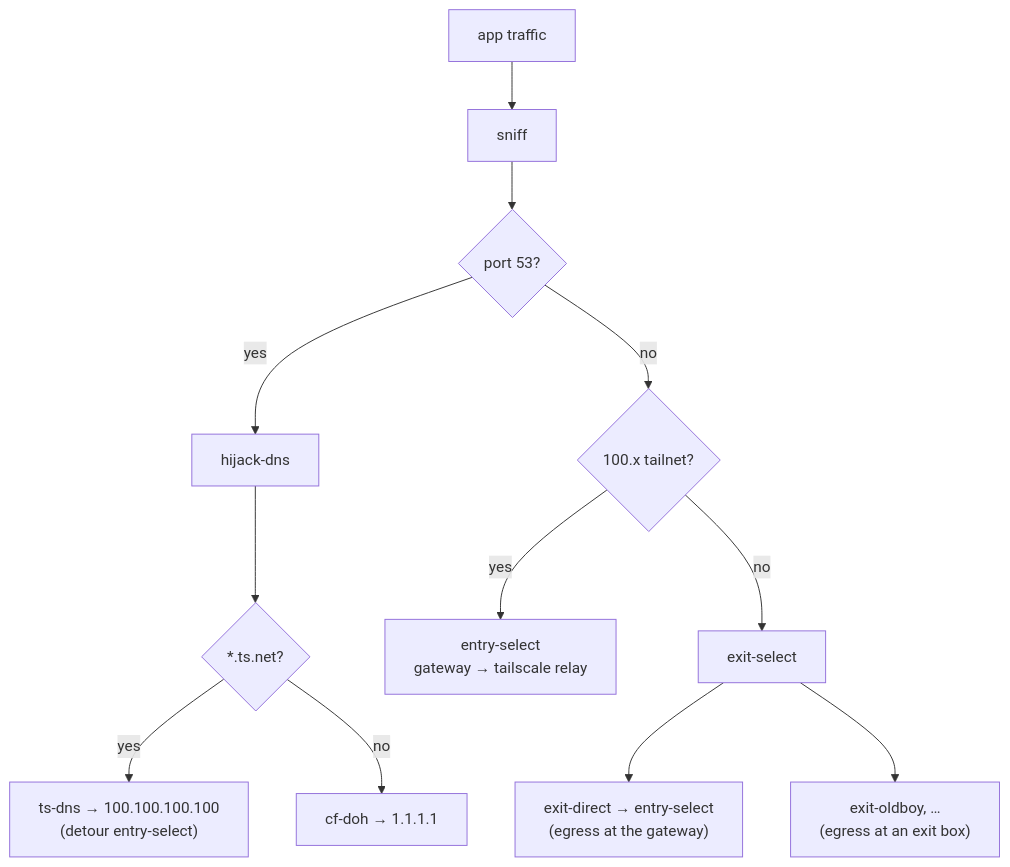
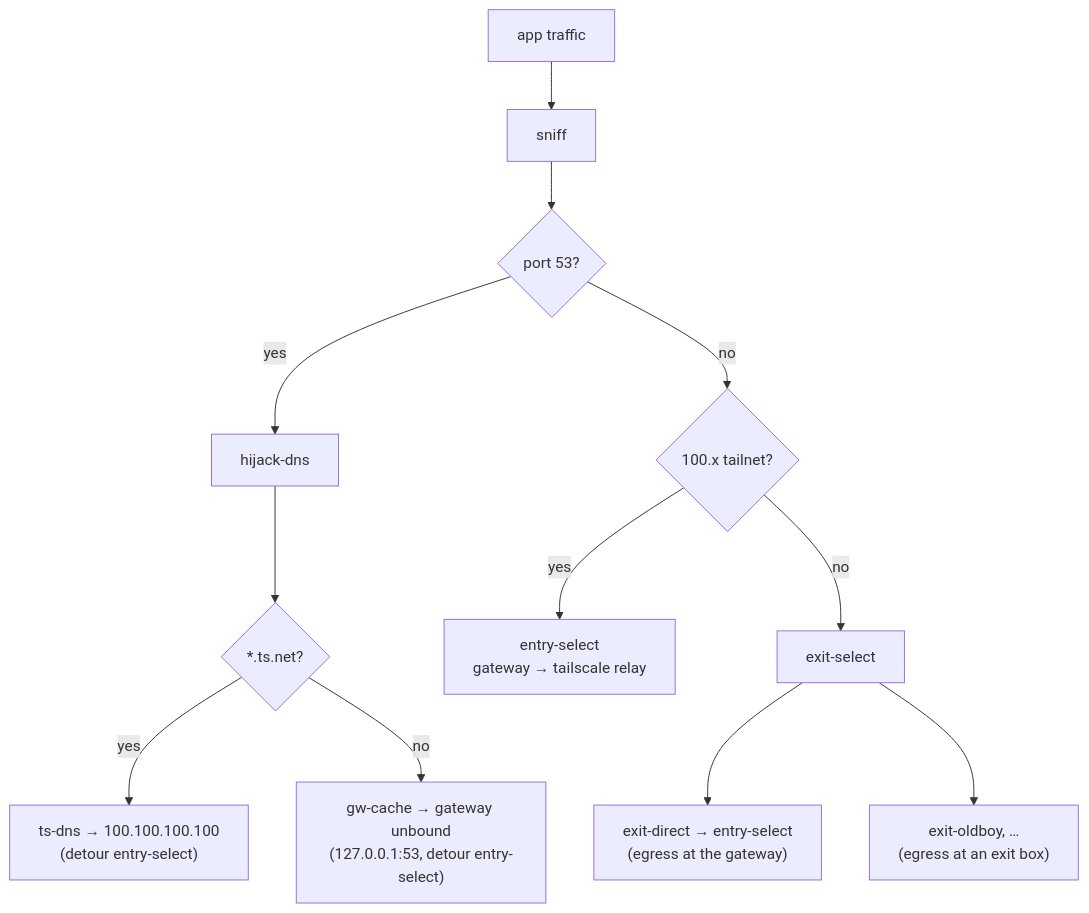
Before and after one commit to radiosilence/jaritanet: the fourth of 6 diagrams in docs/architecture.md, drawn with Mermaid. The commit also changed other lines of this file and 2 other files, not shown here.

First line of the commit message:
feat(dns): gateway DoT cache, persistent client cache, Brutal opt-in (#78)

````diff
--- a/docs/architecture.md
+++ b/docs/architecture.md
@@ -177,14 +177,14 @@
 ```mermaid
 flowchart TD
     APP["app traffic"] --> SNIFF["sniff"]
     SNIFF --> DNSQ{"port 53?"}
     DNSQ -->|yes| HIJACK["hijack-dns"]
     HIJACK --> RES{"*.ts.net?"}
     RES -->|yes| TSDNS["ts-dns → 100.100.100.100<br/>(detour entry-select)"]
-    RES -->|no| DOH["cf-doh → 1.1.1.1"]
+    RES -->|no| GW["gw-cache → gateway unbound<br/>(127.0.0.1:53, detour entry-select)"]
     DNSQ -->|no| TN{"100.x tailnet?"}
     TN -->|yes| ENTRY["entry-select<br/>gateway → tailscale relay"]
     TN -->|no| EXIT["exit-select"]
     EXIT --> ED["exit-direct → entry-select<br/>(egress at the gateway)"]
     EXIT --> EN["exit-oldboy, …<br/>(egress at an exit box)"]
 ```
````
